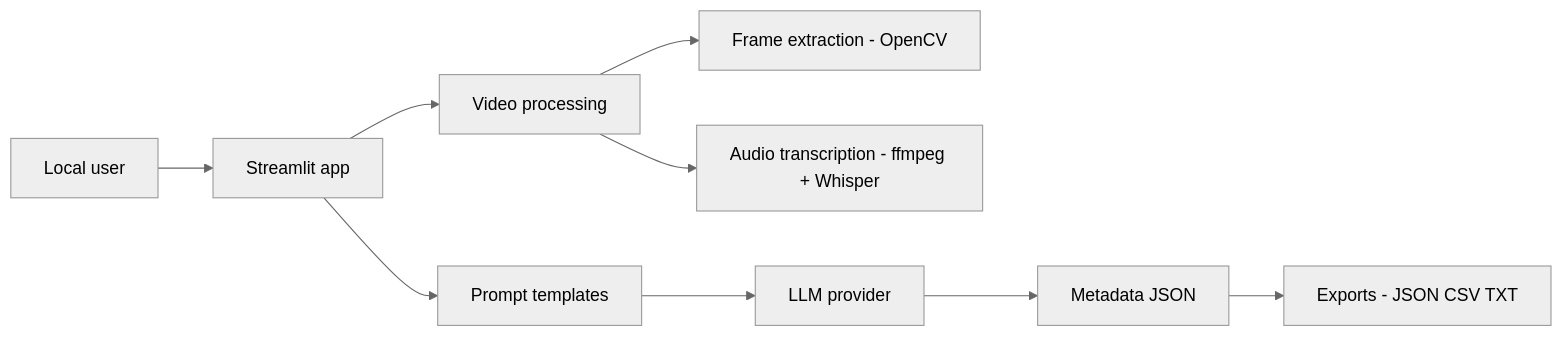
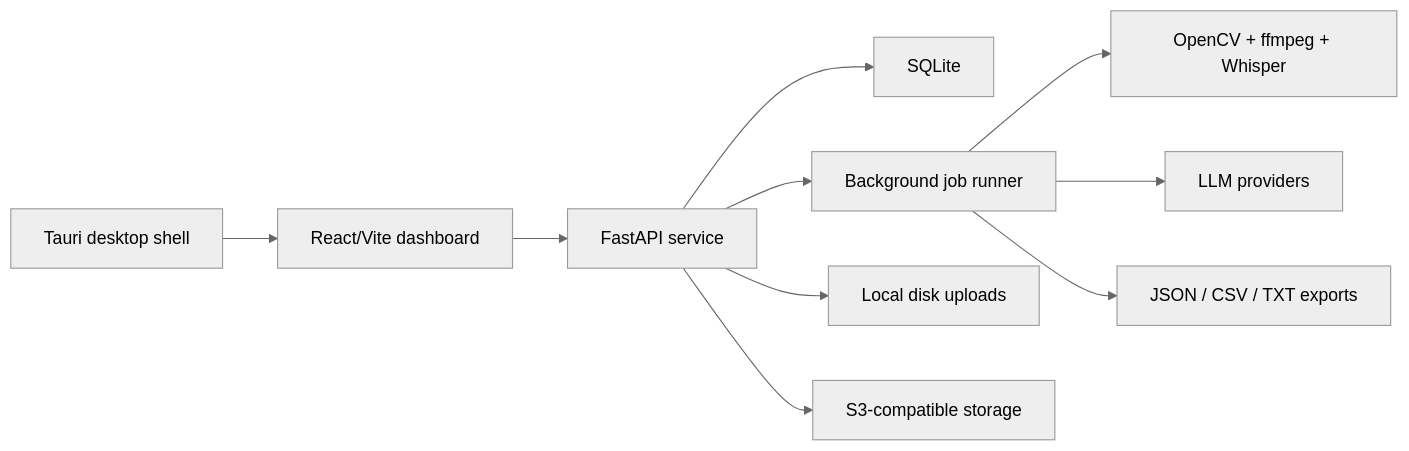
Before and after one commit to deepanimators/VidMeta-AI: the diagram in docs/ARCHITECTURE.md, drawn with Mermaid (neutral theme). The commit also changed other lines of this file and 70 other files, not shown here.

First line of the commit message:
feat: initialize web application with Vite, React, and Playwright

````diff
--- a/docs/ARCHITECTURE.md
+++ b/docs/ARCHITECTURE.md
@@ -5,11 +5,12 @@
 ```mermaid
 flowchart LR
-    U["Local user"] --> UI["Streamlit app"]
-    UI --> V["Video processing"]
-    V --> F["Frame extraction - OpenCV"]
-    V --> T["Audio transcription - ffmpeg + Whisper"]
-    UI --> P["Prompt templates"]
-    P --> L["LLM provider"]
-    L --> M["Metadata JSON"]
-    M --> E["Exports - JSON CSV TXT"]
+    UI["React/Vite dashboard"] --> API["FastAPI service"]
+    DESK["Tauri desktop shell"] --> UI
+    API --> DB["SQLite"]
+    API --> JOBS["Background job runner"]
+    JOBS --> VIDEO["OpenCV + ffmpeg + Whisper"]
+    JOBS --> AI["LLM providers"]
+    JOBS --> EXPORTS["JSON / CSV / TXT exports"]
+    API --> DISK["Local disk uploads"]
+    API --> S3["S3-compatible storage"]
 ```
````
